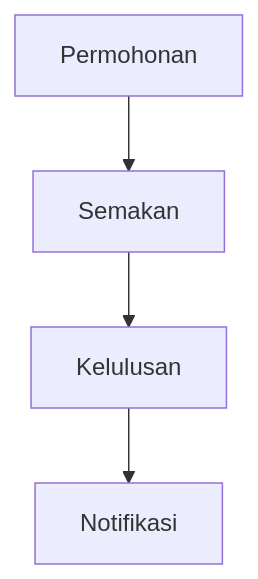
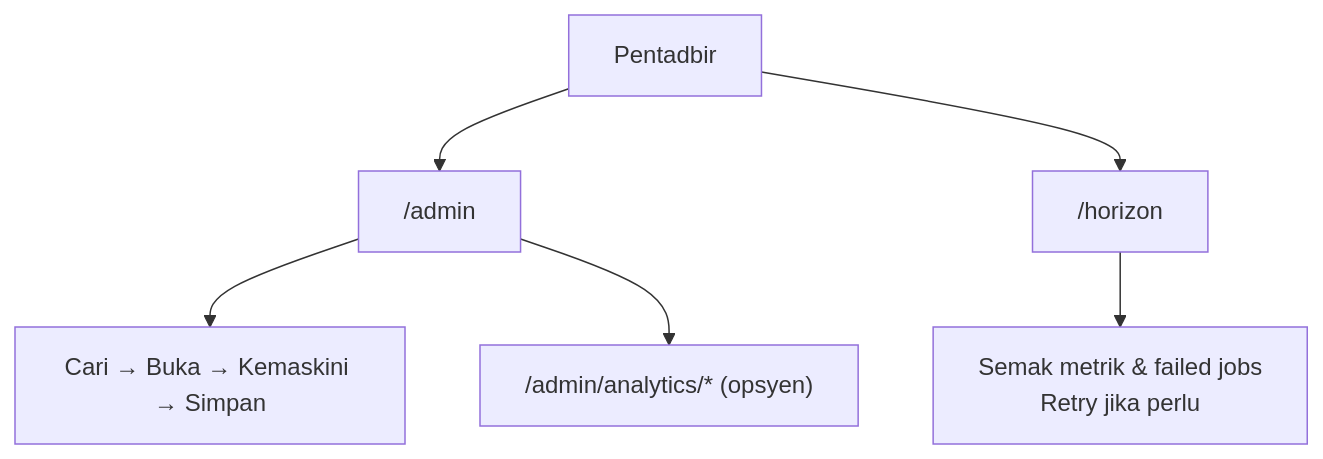
Before and after one commit to IzzatFirdaus/ictserve-031125: the second of 2 diagrams in D17_ADMIN_DOKUMEN_MANUAL_PENTADBIR_SISTEM_ictserve_3.6.1.md, drawn with Mermaid. The commit also changed other lines of this file and 12 other files, not shown here.

````diff
--- a/D17_ADMIN_DOKUMEN_MANUAL_PENTADBIR_SISTEM_ictserve_3.6.1.md
+++ b/D17_ADMIN_DOKUMEN_MANUAL_PENTADBIR_SISTEM_ictserve_3.6.1.md
@@ -66,4 +215,9 @@
 ```mermaid
 graph TD
-    Submit["Permohonan"] --> Check["Semakan"] --> Approve["Kelulusan"] --> Notify["Notifikasi"]
+    Start["Pentadbir"]
+    Start --> AdminStart["/admin"]
+    AdminStart --> Manage["Cari → Buka → Kemaskini → Simpan"]
+    AdminStart --> Analytics["/admin/analytics/* (opsyen)"]
+    Start --> HorizonStart["/horizon"]
+    HorizonStart --> Check["Semak metrik & failed jobs\nRetry jika perlu"]
 ```
````
